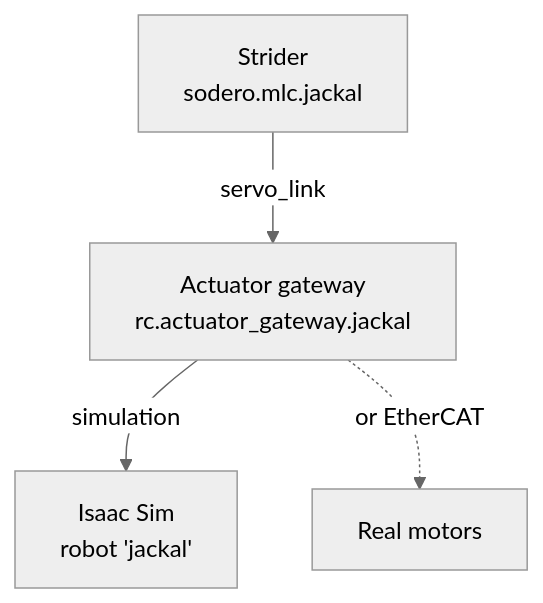
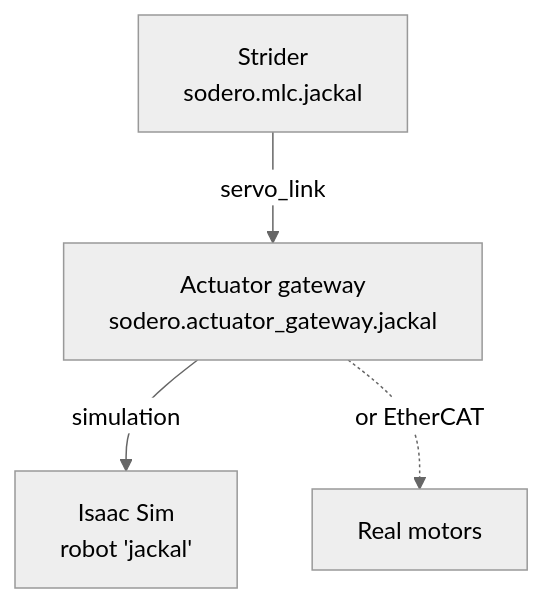
One commit to Sodero-labs/docs changed the second of 2 diagrams in stellar-x/docs/get_started/key_concepts/index.md. Above: the diagram before and after it, drawn with Mermaid (neutral theme). The commit also changed other lines of this file and 16 other files, not shown here.

````diff
--- a/stellar-x/docs/get_started/key_concepts/index.md
+++ b/stellar-x/docs/get_started/key_concepts/index.md
@@ -73,6 +73,6 @@
 ```mermaid
 flowchart TB
-    S["Strider<br>sodero.mlc.jackal"] -- "servo_link" --> G["Actuator gateway<br>rc.actuator_gateway.jackal"]
+    S["Strider<br>sodero.mlc.jackal"] -- "servo_link" --> G["Actuator gateway<br>sodero.actuator_gateway.jackal"]
     G -- "simulation" --> I["Isaac Sim<br>robot 'jackal'"]
     G -. "or EtherCAT" .-> M["Real motors"]
 ```
````
